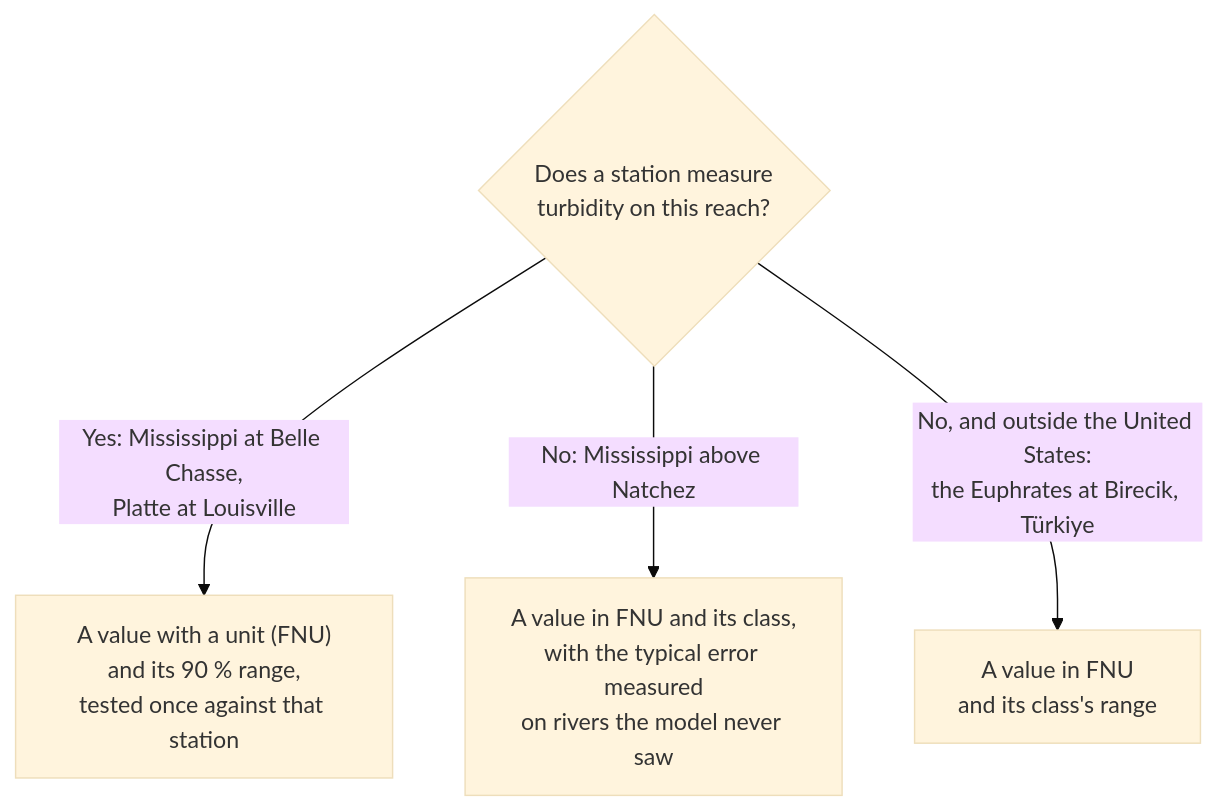
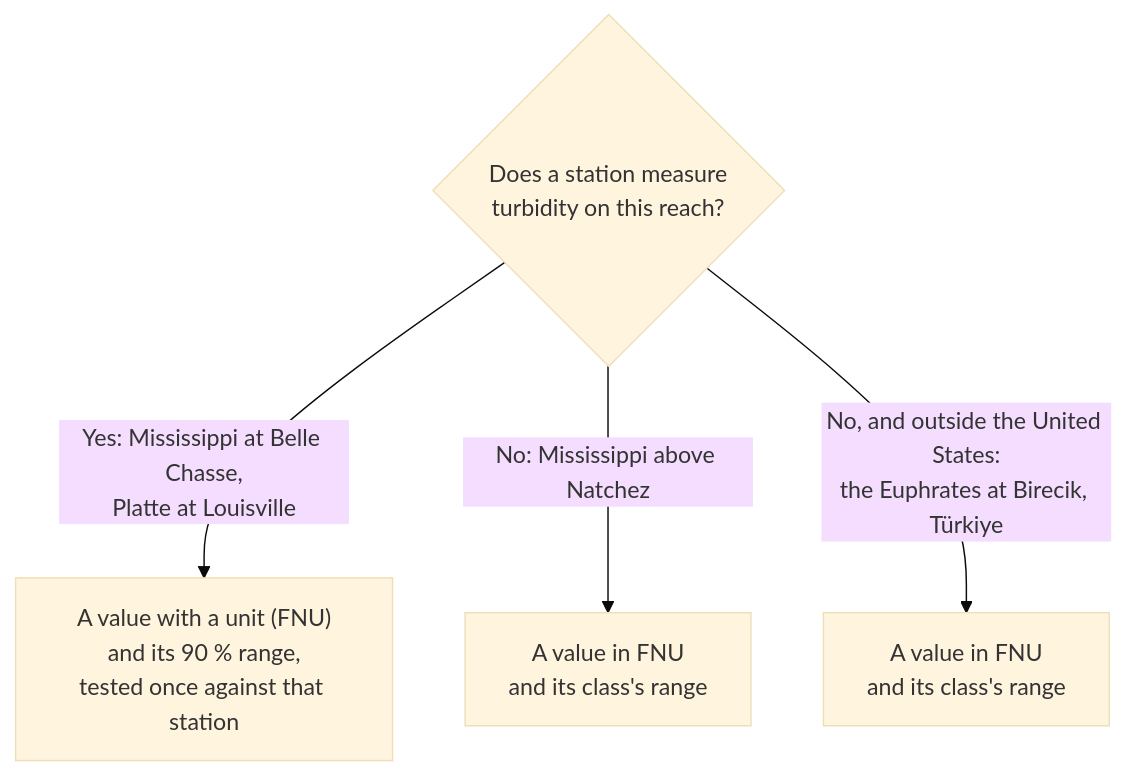
One commit to saulo1112/RiverEtch changed the second of 2 diagrams in README.md. Above: the diagram before and after it, drawn with Mermaid (base theme). The commit also changed other lines of this file and 39 other files, not shown here.

Commit message:
feat(web): a value shows its class range, not an error figure; nearby-date note

````diff
--- a/README.md
+++ b/README.md
@@ -77,7 +77,7 @@
 ```mermaid
 flowchart TD
   Q{"Does a station measure<br/>turbidity on this reach?"}
   Q -->|"Yes: Mississippi at Belle Chasse,<br/>Platte at Louisville"| A["A value with a unit (FNU)<br/>and its 90 % range,<br/>tested once against that station"]
-  Q -->|"No: Mississippi above Natchez"| B["A value in FNU and its class,<br/>with the typical error measured<br/>on rivers the model never saw"]
+  Q -->|"No: Mississippi above Natchez"| B["A value in FNU<br/>and its class's range"]
   Q -->|"No, and outside the United States:<br/>the Euphrates at Birecik, Türkiye"| C["A value in FNU<br/>and its class's range"]
 ```
````
